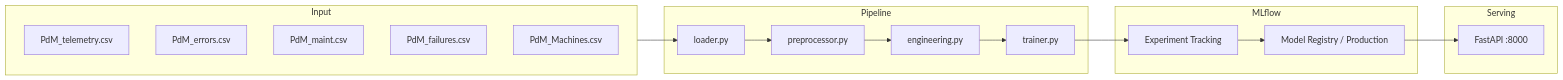
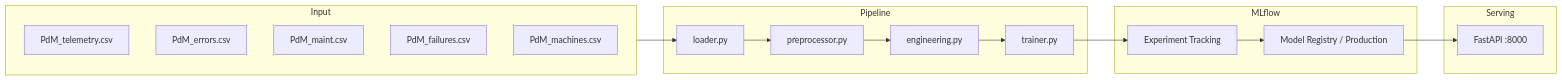
One commit to harrysonguerrero-max/pdm-ml changed the diagram in README.md. Above: the diagram before and after it, drawn with Mermaid. The commit also changed other lines of this file and 16 other files, not shown here.

````diff
--- a/README.md
+++ b/README.md
@@ -34,22 +109,22 @@
 ```mermaid
 flowchart LR
     subgraph Input
         A[PdM_telemetry.csv]
         B[PdM_errors.csv]
         C[PdM_maint.csv]
         D[PdM_failures.csv]
-        E[PdM_Machines.csv]
+        E[PdM_machines.csv]
     end
     subgraph Pipeline
         F[loader.py] --> G[preprocessor.py] --> H[engineering.py] --> I[trainer.py]
     end
     subgraph MLflow
         J[Experiment Tracking] --> K[Model Registry / Production]
     end
     subgraph Serving
         L[FastAPI :8000]
     end
     Input --> F
     I --> J
     K --> L
 ```
````
